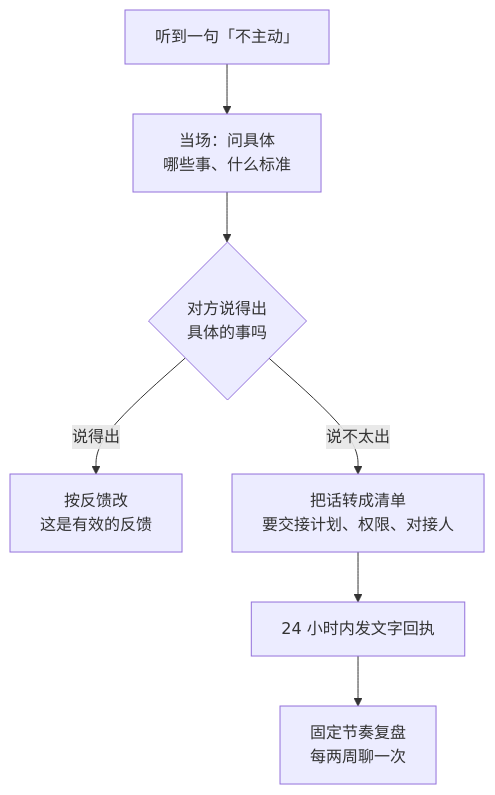
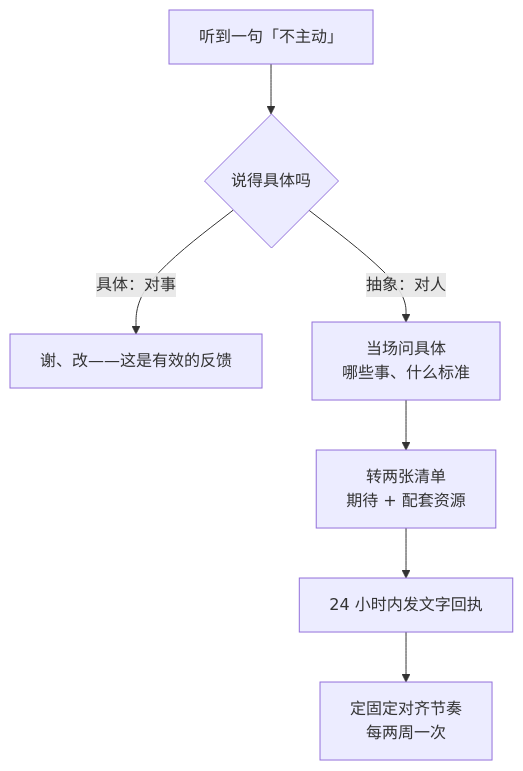
The second of 2 diagrams in _posts/2026-09-24-newcomer-onboarding-sop.md (cheneyzhang93/blog), drawn with Mermaid before and after one commit. The commit also changed other lines of this file, not shown here.

````diff
--- a/_posts/2026-09-24-newcomer-onboarding-sop.md
+++ b/_posts/2026-09-24-newcomer-onboarding-sop.md
@@ -194,9 +170,9 @@
 ```mermaid
 flowchart TB
-    E["听到一句「不主动」"] --> Q["当场：问具体<br/>哪些事、什么标准"]
-    Q --> C{"对方说得出<br/>具体的事吗"}
-    C -->|"说得出"| C1["按反馈改<br/>这是有效的反馈"]
-    C -->|"说不太出"| C2["把话转成清单<br/>要交接计划、权限、对接人"]
-    C2 --> W["24 小时内发文字回执"]
-    W --> R["固定节奏复盘<br/>每两周聊一次"]
+    E["听到一句「不主动」"] --> Q{"说得具体吗"}
+    Q -->|"具体：对事"| C1["谢、改——这是有效的反馈"]
+    Q -->|"抽象：对人"| C2["当场问具体<br/>哪些事、什么标准"]
+    C2 --> W["转两张清单<br/>期待 + 配套资源"]
+    W --> R["24 小时内发文字回执"]
+    R --> F["定固定对齐节奏<br/>每两周一次"]
 ```
````
